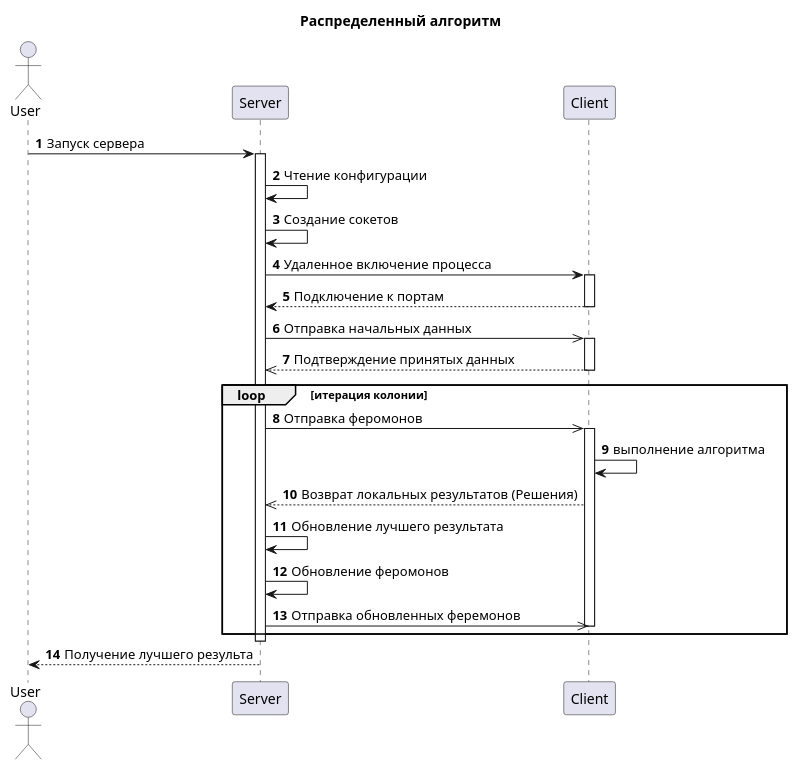
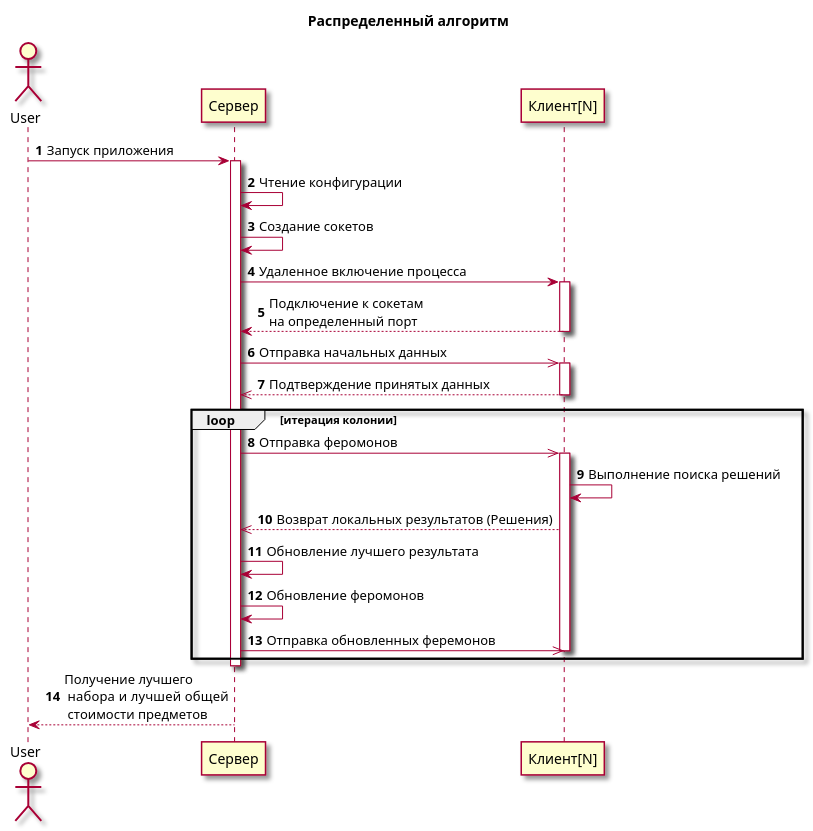
The diagram in SequenceDiagram.wsd (MyfirstAcc/AntDist), drawn with PlantUML before and after one commit.

```diff
--- a/SequenceDiagram.wsd
+++ b/SequenceDiagram.wsd
@@ -1,39 +1,40 @@
 @startuml ElDoc
 
 autonumber
 title Распределенный алгоритм
+skin rose
 actor User
-participant Server
-participant Client
+participant Server as "Сервер"
+participant Client as "Клиент[N]"
 
-User -> Server : Запуск сервера
+User -> Server : Запуск приложения
 activate Server
 Server -> Server : Чтение конфигурации
 Server -> Server : Создание сокетов
 Server -> Client : Удаленное включение процесса
 activate Client
 
-Client --> Server : Подключение к портам
+Client --> Server : Подключение к сокетам \nна определенный порт
 deactivate Client
 
 Server ->> Client: Отправка начальных данных
 activate Client
 
 Client -->> Server: Подтверждение принятых данных
 deactivate Client
 
 
 loop итерация колонии
 Server ->> Client: Отправка феромонов
 activate Client
-Client -> Client: выполнение алгоритма
+Client -> Client: Выполнение поиска решений
 Client -->> Server: Возврат локальных результатов (Решения)
 Server -> Server : Обновление лучшего результата
 Server -> Server: Обновление феромонов
 Server ->> Client: Отправка обновленных феремонов
 deactivate Client
 end
 deactivate Server
 
-Server --> User : Получение лучшего результа
+Server --> User : Получение лучшего\n набора и  лучшей общей\n стоимости предметов 
 @enduml
```
